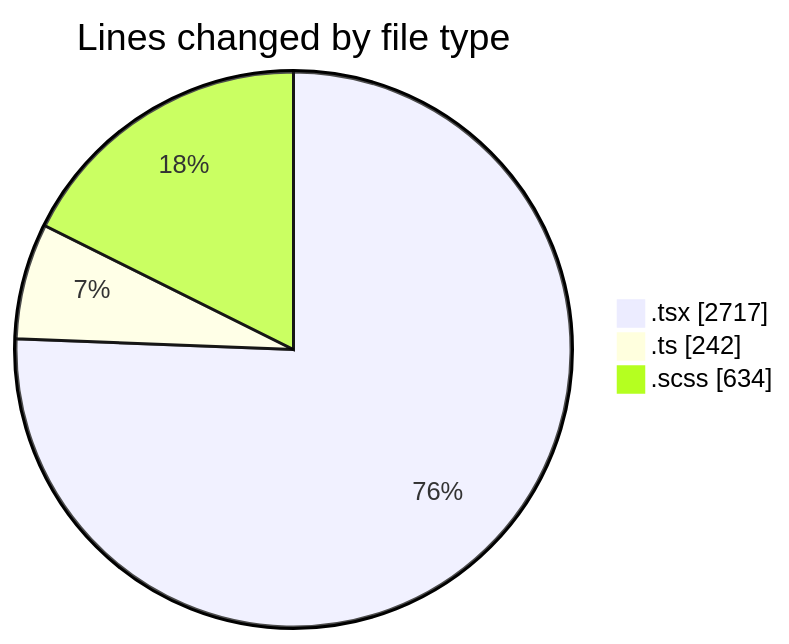
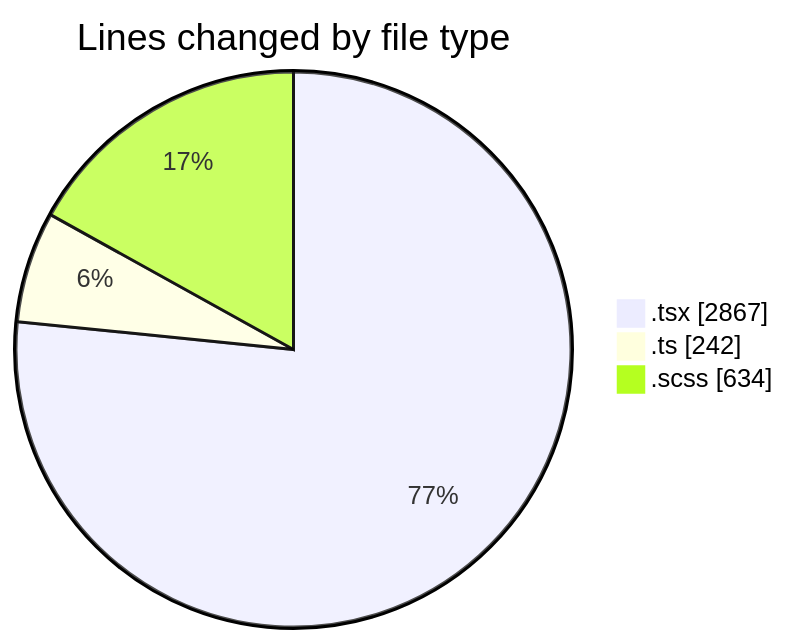
One commit to momahboobian/code-tracking changed the first of 2 diagrams in 2025-09-15/cda/README.md. Above: the diagram before and after it, drawn with Mermaid. The commit also changed other lines of this file and 1 other file, not shown here.

````diff
--- a/2025-09-15/cda/README.md
+++ b/2025-09-15/cda/README.md
@@ -25,7 +25,7 @@
 ```mermaid
 pie showData
 title Lines changed by file type
-".tsx" : 2717
+".tsx" : 2867
 ".ts" : 242
 ".scss" : 634
 ```
````
